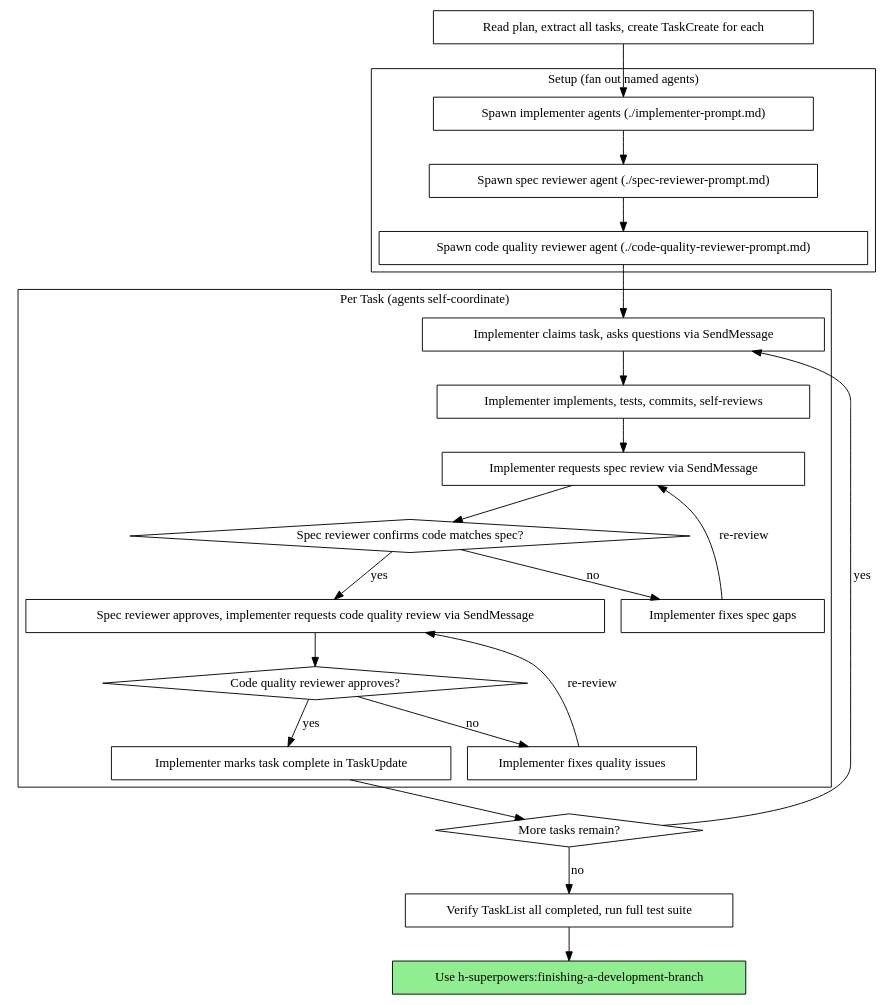
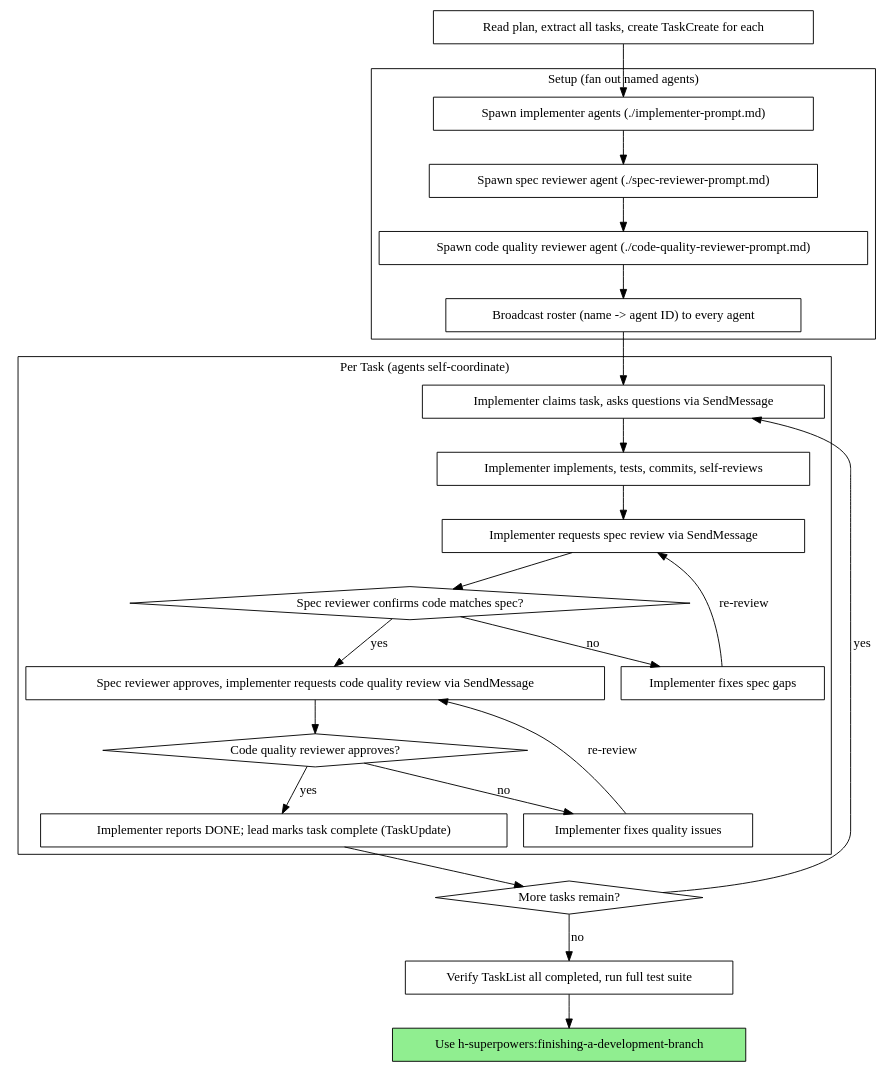
Before and after one commit to ehartye/Hartye-superpowers: the second of 2 diagrams in skills/team-driven-development/SKILL.md, drawn with Graphviz. The commit also changed other lines of this file and 6 other files, not shown here.

First line of the commit message:
fix(team-driven): headless coordination — roster IDs + lead-only task board (#30)

````diff
--- a/skills/team-driven-development/SKILL.md
+++ b/skills/team-driven-development/SKILL.md
@@ -47,50 +47,52 @@
 ```dot
 digraph process {
     rankdir=TB;
 
     "Read plan, extract all tasks, create TaskCreate for each" [shape=box];
 
     subgraph cluster_setup {
         label="Setup (fan out named agents)";
         "Spawn implementer agents (./implementer-prompt.md)" [shape=box];
         "Spawn spec reviewer agent (./spec-reviewer-prompt.md)" [shape=box];
         "Spawn code quality reviewer agent (./code-quality-reviewer-prompt.md)" [shape=box];
+        "Broadcast roster (name -> agent ID) to every agent" [shape=box];
     }
 
     subgraph cluster_per_task {
         label="Per Task (agents self-coordinate)";
         "Implementer claims task, asks questions via SendMessage" [shape=box];
         "Implementer implements, tests, commits, self-reviews" [shape=box];
         "Implementer requests spec review via SendMessage" [shape=box];
         "Spec reviewer confirms code matches spec?" [shape=diamond];
         "Implementer fixes spec gaps" [shape=box];
         "Spec reviewer approves, implementer requests code quality review via SendMessage" [shape=box];
         "Code quality reviewer approves?" [shape=diamond];
         "Implementer fixes quality issues" [shape=box];
-        "Implementer marks task complete in TaskUpdate" [shape=box];
+        "Implementer reports DONE; lead marks task complete (TaskUpdate)" [shape=box];
     }
 
     "More tasks remain?" [shape=diamond];
     "Verify TaskList all completed, run full test suite" [shape=box];
     "Use h-superpowers:finishing-a-development-branch" [shape=box style=filled fillcolor=lightgreen];
 
     "Read plan, extract all tasks, create TaskCreate for each" -> "Spawn implementer agents (./implementer-prompt.md)";
     "Spawn implementer agents (./implementer-prompt.md)" -> "Spawn spec reviewer agent (./spec-reviewer-prompt.md)";
     "Spawn spec reviewer agent (./spec-reviewer-prompt.md)" -> "Spawn code quality reviewer agent (./code-quality-reviewer-prompt.md)";
-    "Spawn code quality reviewer agent (./code-quality-reviewer-prompt.md)" -> "Implementer claims task, asks questions via SendMessage";
+    "Spawn code quality reviewer agent (./code-quality-reviewer-prompt.md)" -> "Broadcast roster (name -> agent ID) to every agent";
+    "Broadcast roster (name -> agent ID) to every agent" -> "Implementer claims task, asks questions via SendMessage";
     "Implementer claims task, asks questions via SendMessage" -> "Implementer implements, tests, commits, self-reviews";
     "Implementer implements, tests, commits, self-reviews" -> "Implementer requests spec review via SendMessage";
     "Implementer requests spec review via SendMessage" -> "Spec reviewer confirms code matches spec?";
     "Spec reviewer confirms code matches spec?" -> "Implementer fixes spec gaps" [label="no"];
     "Implementer fixes spec gaps" -> "Implementer requests spec review via SendMessage" [label="re-review"];
     "Spec reviewer confirms code matches spec?" -> "Spec reviewer approves, implementer requests code quality review via SendMessage" [label="yes"];
     "Spec reviewer approves, implementer requests code quality review via SendMessage" -> "Code quality reviewer approves?";
     "Code quality reviewer approves?" -> "Implementer fixes quality issues" [label="no"];
     "Implementer fixes quality issues" -> "Spec reviewer approves, implementer requests code quality review via SendMessage" [label="re-review"];
-    "Code quality reviewer approves?" -> "Implementer marks task complete in TaskUpdate" [label="yes"];
-    "Implementer marks task complete in TaskUpdate" -> "More tasks remain?";
+    "Code quality reviewer approves?" -> "Implementer reports DONE; lead marks task complete (TaskUpdate)" [label="yes"];
+    "Implementer reports DONE; lead marks task complete (TaskUpdate)" -> "More tasks remain?";
     "More tasks remain?" -> "Implementer claims task, asks questions via SendMessage" [label="yes"];
     "More tasks remain?" -> "Verify TaskList all completed, run full test suite" [label="no"];
     "Verify TaskList all completed, run full test suite" -> "Use h-superpowers:finishing-a-development-branch";
 }
 ```
````
